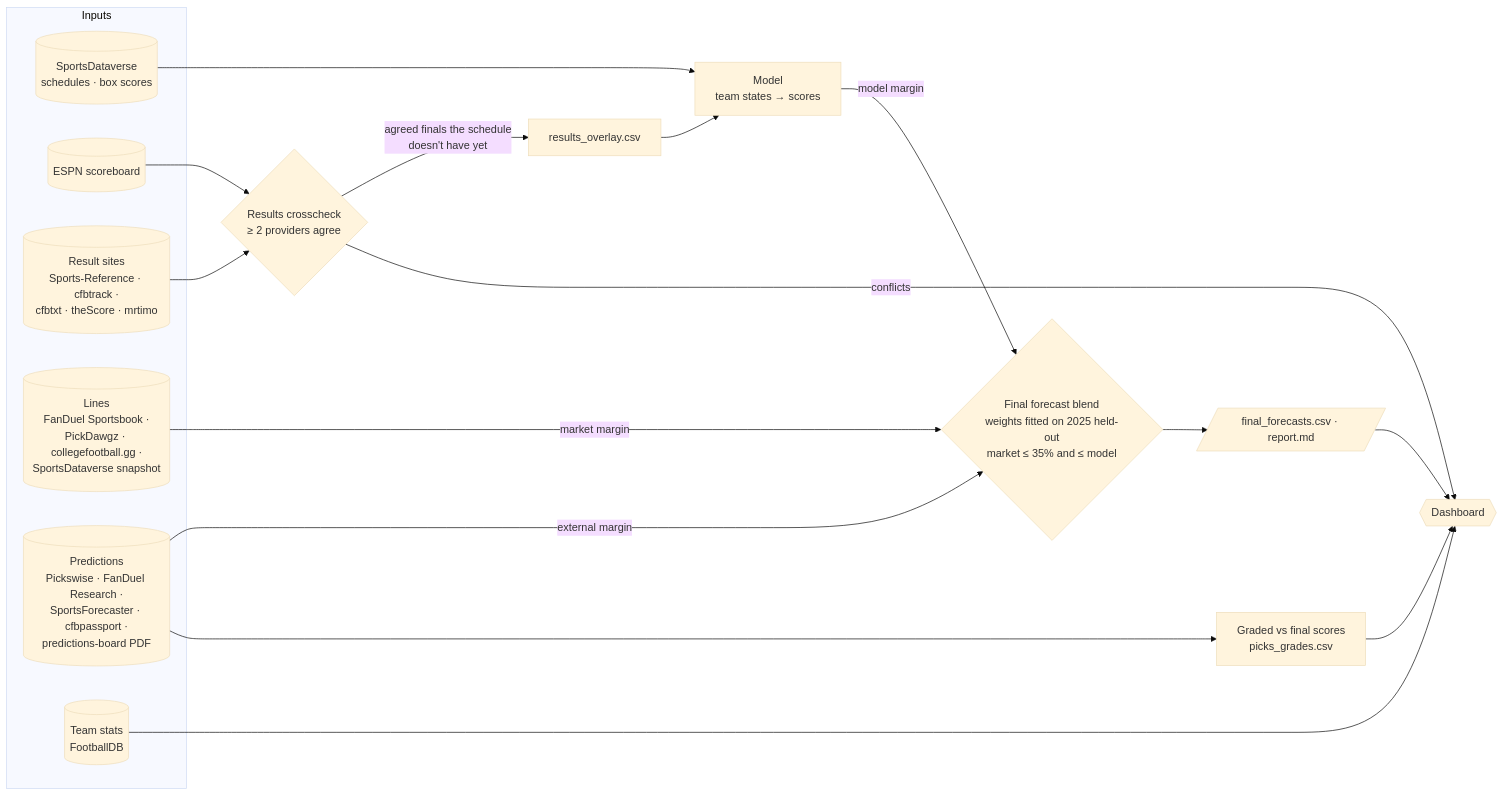
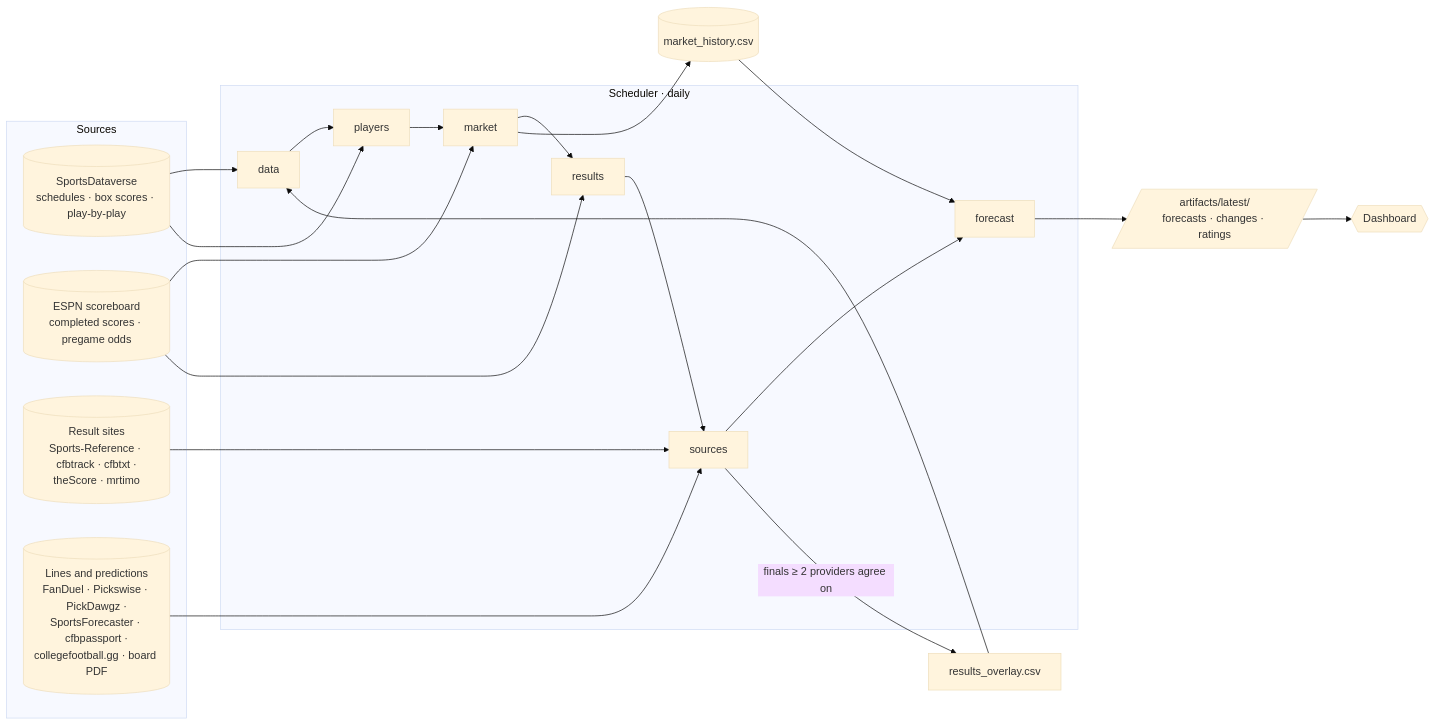
The first of 3 diagrams in README.md (bngomez98/cfb-forecast), drawn with Mermaid (base theme) before and after one commit. The commit also changed other lines of this file and 115 other files, not shown here.

````diff
--- a/README.md
+++ b/README.md
@@ -20,28 +26,27 @@
 ```mermaid
 flowchart LR
-    subgraph Inputs
-        SDV[(SportsDataverse<br/>schedules · box scores)]
-        ESPN[(ESPN scoreboard)]
-        RES[(Result sites<br/>Sports-Reference · cfbtrack ·<br/>cfbtxt · theScore · mrtimo)]
-        ODDS[(Lines<br/>FanDuel Sportsbook ·<br/>PickDawgz · collegefootball.gg ·<br/>SportsDataverse snapshot)]
-        PICK[(Predictions<br/>Pickswise · FanDuel Research ·<br/>SportsForecaster · cfbpassport ·<br/>predictions-board PDF)]
-        STAT[(Team stats<br/>FootballDB)]
+    subgraph Sources
+        SDV[(SportsDataverse<br/>schedules · box scores · play-by-play)]
+        ESPN[(ESPN scoreboard<br/>completed scores · pregame odds)]
+        SITES[(Result sites<br/>Sports-Reference · cfbtrack · cfbtxt ·<br/>theScore · mrtimo)]
+        ODDS[(Lines and predictions<br/>FanDuel · Pickswise · PickDawgz ·<br/>SportsForecaster · cfbpassport ·<br/>collegefootball.gg · board PDF)]
     end
 
-    ESPN --> XC{"Results crosscheck<br/>≥ 2 providers agree"}
-    RES --> XC
-    XC -- "agreed finals the schedule<br/>doesn't have yet" --> OV[results_overlay.csv]
-    SDV --> MODEL
-    OV --> MODEL["Model<br/>team states → scores"]
+    subgraph "Scheduler · daily"
+        D[data] --> PL[players] --> MK[market] --> R[results] --> S[sources] --> F[forecast]
+    end
 
-    MODEL -->|model margin| BL{"Final forecast blend<br/>weights fitted on 2025 held-out<br/>market ≤ 35% and ≤ model"}
-    ODDS -->|market margin| BL
-    PICK -->|external margin| BL
-    BL --> FINAL[/final_forecasts.csv · report.md/]
+    SDV --> D
+    SDV --> PL
+    ESPN --> MK
+    ESPN --> R
+    SITES --> S
+    ODDS --> S
 
-    PICK --> GR[Graded vs final scores<br/>picks_grades.csv]
-    STAT --> DASH{{Dashboard}}
-    FINAL --> DASH
-    GR --> DASH
-    XC -->|conflicts| DASH
+    F --> L[/artifacts/latest/<br/>forecasts · changes · ratings/]
+    S -->|"finals ≥ 2 providers agree on"| OV[results_overlay.csv]
+    OV --> D
+    MK --> H[(market_history.csv)]
+    H --> F
+    L --> DASH{{Dashboard}}
 ```
````
